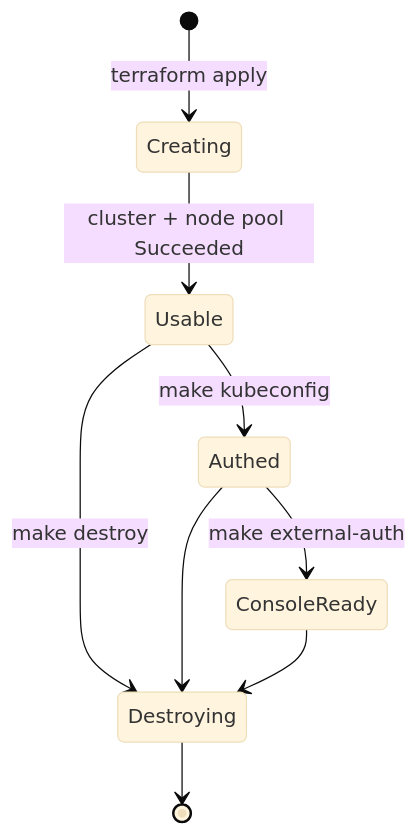
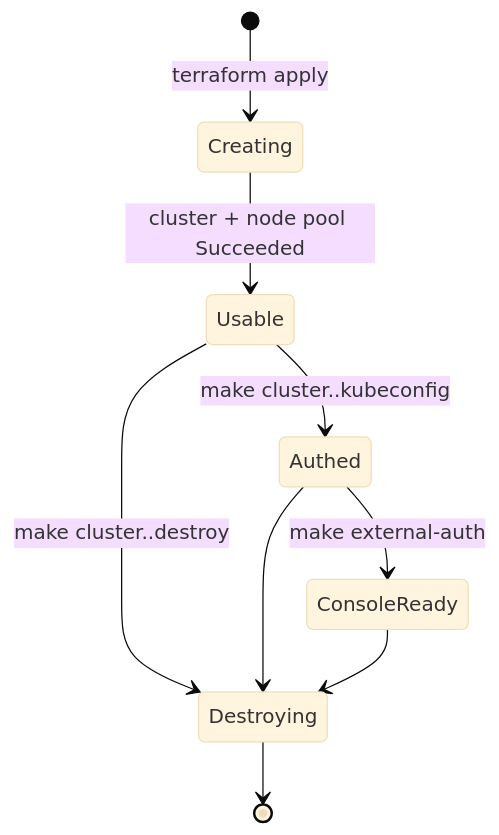
One commit to rh-mobb/aro-hcp changed diagram 11 of 12 in docs/architecture.md. Above: the diagram before and after it, drawn with Mermaid (base theme). The commit also changed other lines of this file and 95 other files, not shown here.

First line of the commit message:
feat: modular terraform, per-cluster make targets, and operator docs

````diff
--- a/docs/architecture.md
+++ b/docs/architecture.md
@@ -742,11 +756,11 @@
 ```mermaid
 stateDiagram-v2
     [*] --> Creating: terraform apply
     Creating --> Usable: cluster + node pool Succeeded
-    Usable --> Authed: make kubeconfig
+    Usable --> Authed: make cluster.<name>.kubeconfig
     Authed --> ConsoleReady: make external-auth
-    Usable --> Destroying: make destroy
+    Usable --> Destroying: make cluster.<name>.destroy
     Authed --> Destroying
     ConsoleReady --> Destroying
     Destroying --> [*]
 ```
````
